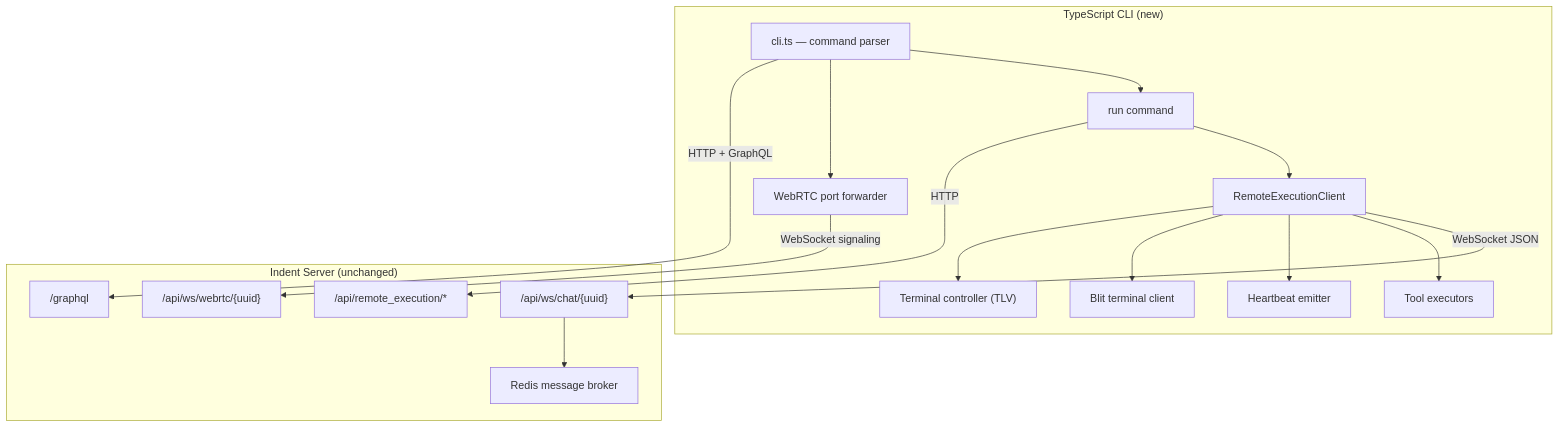
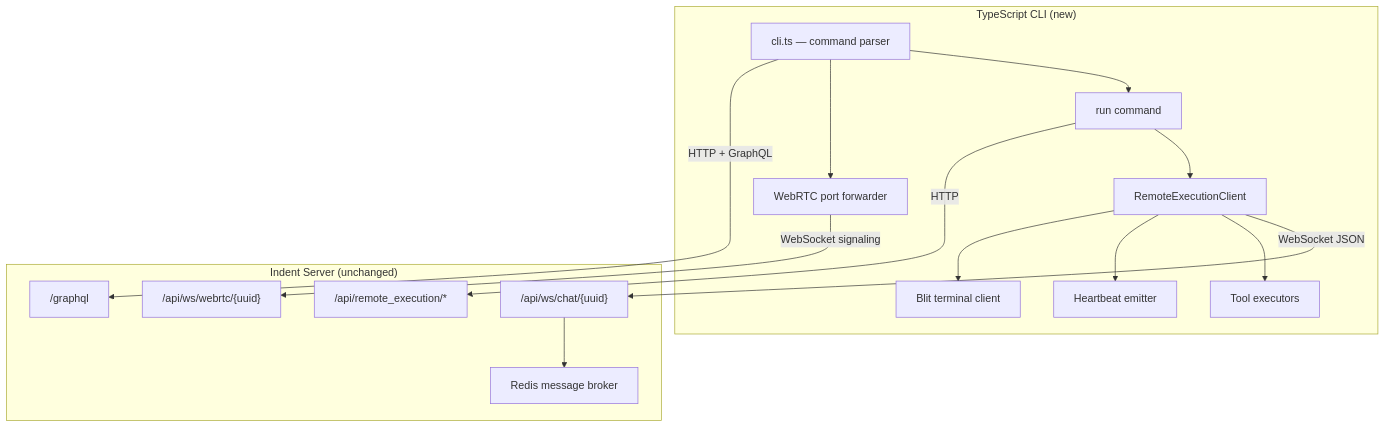
One commit to indent-com/blit changed the first of 4 diagrams in docs/specs/cli.md. Above: the diagram before and after it, drawn with Mermaid. The commit also changed other lines of this file, not shown here.

First line of the commit message:
Drop TLV terminal controller entirely — no desktop app to serve.

````diff
--- a/docs/specs/cli.md
+++ b/docs/specs/cli.md
@@ -82,34 +81,32 @@
 ```mermaid
 graph TD
     subgraph "TypeScript CLI (new)"
         CLI["cli.ts — command parser"]
         RUN["run command"]
         REC["RemoteExecutionClient"]
         TOOLS["Tool executors"]
         HEART["Heartbeat emitter"]
         BLIT["Blit terminal client"]
-        TCTL["Terminal controller (TLV)"]
         WEBRTC["WebRTC port forwarder"]
     end
 
     subgraph "Indent Server (unchanged)"
         WS["/api/ws/chat/{uuid}"]
         REST["/api/remote_execution/*"]
         GQL["/graphql"]
         SIG["/api/ws/webrtc/{uuid}"]
         REDIS["Redis message broker"]
     end
 
     CLI --> RUN
     RUN --> REC
     REC -->|WebSocket JSON| WS
     REC --> TOOLS
     REC --> HEART
     REC --> BLIT
-    REC --> TCTL
     CLI --> WEBRTC
     WEBRTC -->|WebSocket signaling| SIG
     RUN -->|HTTP| REST
     CLI -->|HTTP + GraphQL| GQL
     WS --> REDIS
 ```
````
